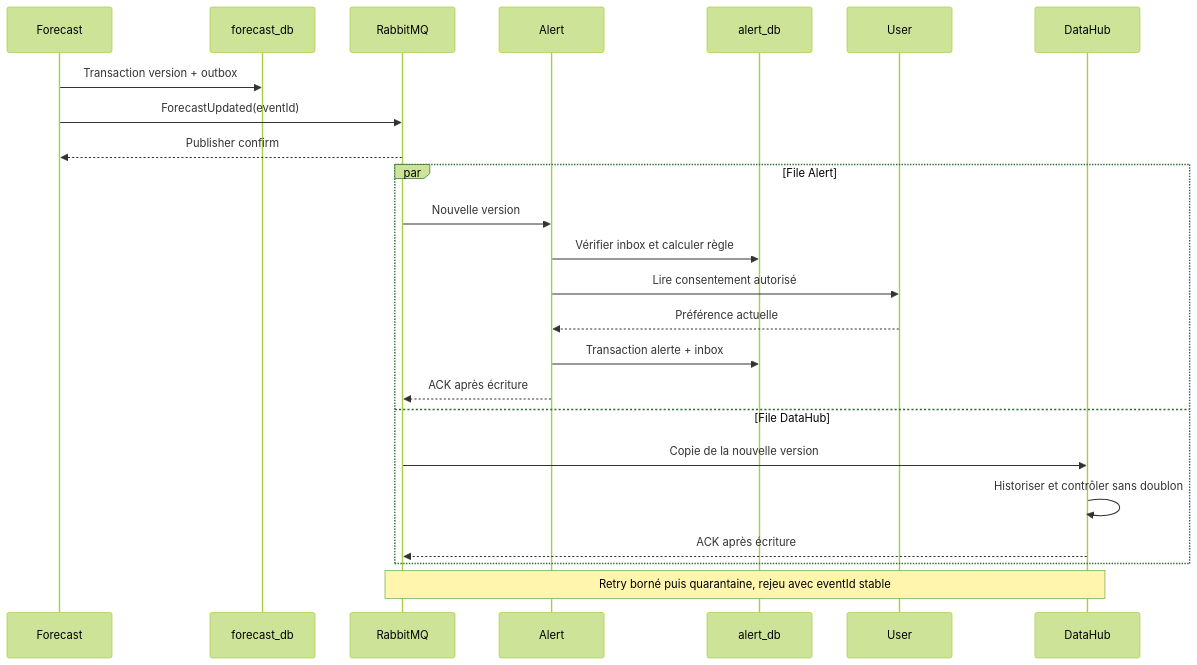
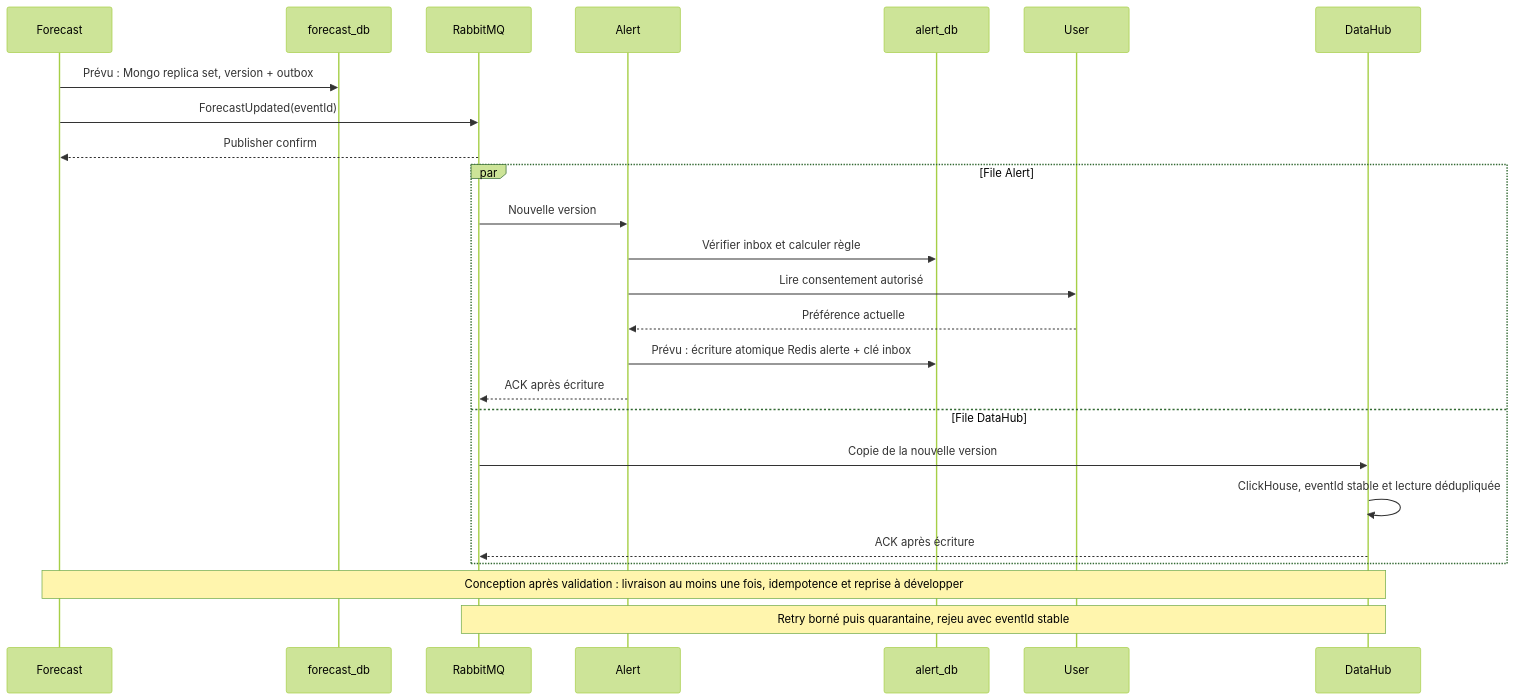
Before and after one commit to sayhi124/MeteoSentinel-AWD: the diagram in Documentation/Diagrams/sequence-evenements.mmd, drawn with Mermaid (forest theme). The commit also changed 11 other files, not shown here.

Commit message:
Synchronize sequence diagrams and document verified public delivery

```diff
--- a/Documentation/Diagrams/sequence-evenements.mmd
+++ b/Documentation/Diagrams/sequence-evenements.mmd
@@ -1,24 +1,25 @@
 sequenceDiagram
  participant F as Forecast
  participant DB as forecast_db
  participant Q as RabbitMQ
  participant A as Alert
  participant AD as alert_db
  participant U as User
  participant H as DataHub
- F->>DB: Transaction version + outbox
+ F->>DB: Prévu : Mongo replica set, version + outbox
  F->>Q: ForecastUpdated(eventId)
  Q-->>F: Publisher confirm
  par File Alert
   Q->>A: Nouvelle version
   A->>AD: Vérifier inbox et calculer règle
   A->>U: Lire consentement autorisé
   U-->>A: Préférence actuelle
-  A->>AD: Transaction alerte + inbox
+  A->>AD: Prévu : écriture atomique Redis alerte + clé inbox
   A-->>Q: ACK après écriture
  and File DataHub
   Q->>H: Copie de la nouvelle version
-  H->>H: Historiser et contrôler sans doublon
+  H->>H: ClickHouse, eventId stable et lecture dédupliquée
   H-->>Q: ACK après écriture
  end
+ Note over F,H: Conception après validation : livraison au moins une fois, idempotence et reprise à développer
  Note over Q,H: Retry borné puis quarantaine, rejeu avec eventId stable
```
